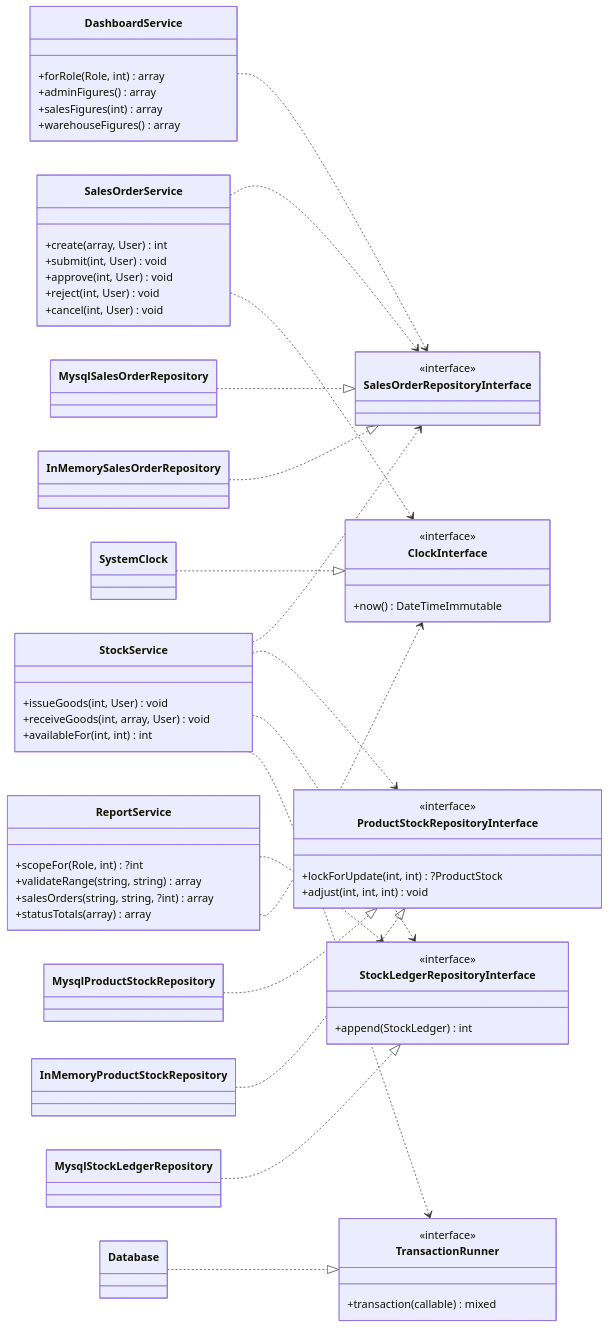
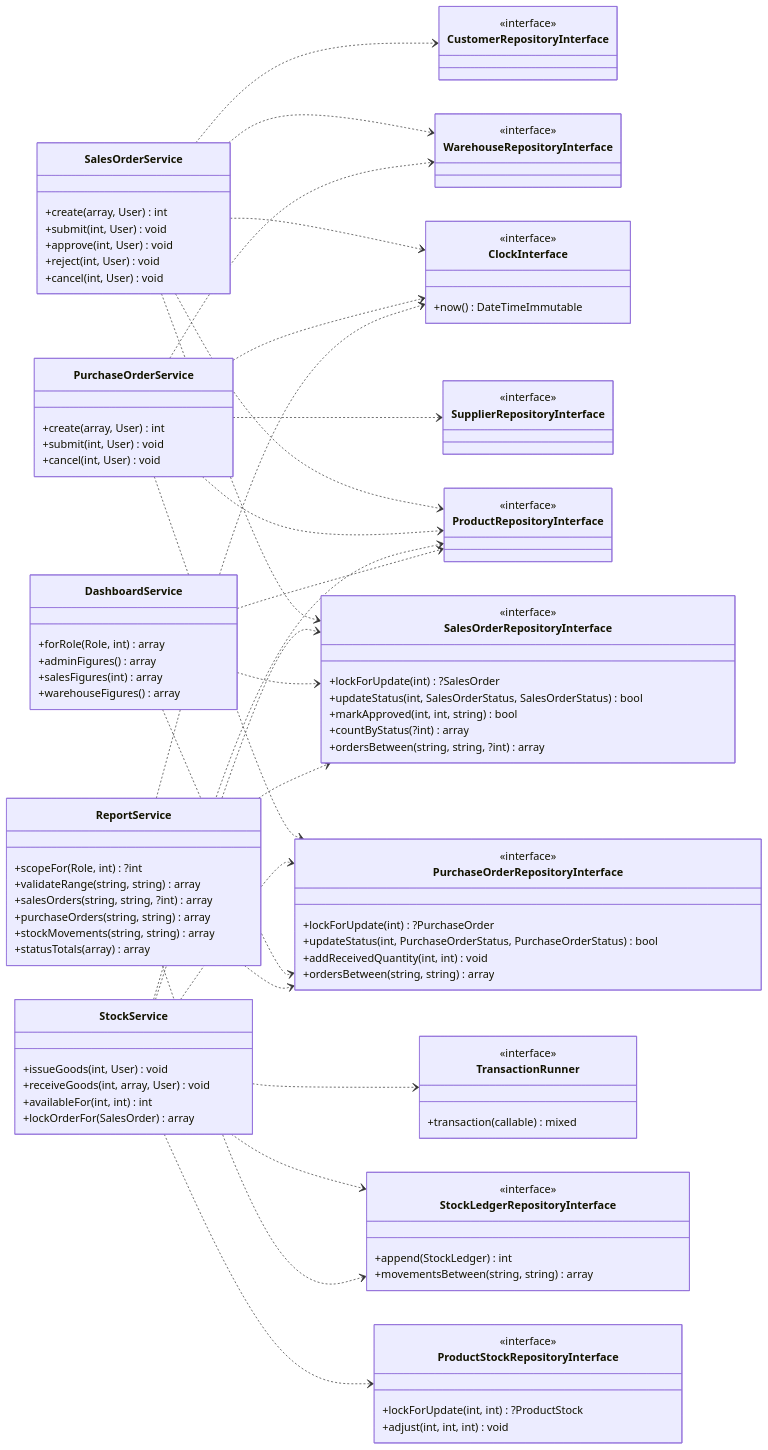
The first of 3 diagrams in docs/architecture/class-diagram-as-built.md (WillyMocha/inventory-order-management-system), drawn with Mermaid before and after one commit. The commit also changed other lines of this file and 7 other files, not shown here.

Commit message:
docs: align class diagram, ADRs and ERD with the code

````diff
--- a/docs/architecture/class-diagram-as-built.md
+++ b/docs/architecture/class-diagram-as-built.md
@@ -36,10 +46,16 @@
         +reject(int, User) void
         +cancel(int, User) void
     }
+    class PurchaseOrderService {
+        +create(array, User) int
+        +submit(int, User) void
+        +cancel(int, User) void
+    }
     class StockService {
         +issueGoods(int, User) void
         +receiveGoods(int, array, User) void
         +availableFor(int, int) int
+        +lockOrderFor(SalesOrder) array
     }
     class DashboardService {
         +forRole(Role, int) array
@@ -51,11 +67,25 @@
         +scopeFor(Role, int) ?int
         +validateRange(string, string) array
         +salesOrders(string, string, ?int) array
+        +purchaseOrders(string, string) array
+        +stockMovements(string, string) array
         +statusTotals(array) array
     }
 
     class SalesOrderRepositoryInterface {
         <<interface>>
+        +lockForUpdate(int) ?SalesOrder
+        +updateStatus(int, SalesOrderStatus, SalesOrderStatus) bool
+        +markApproved(int, int, string) bool
+        +countByStatus(?int) array
+        +ordersBetween(string, string, ?int) array
+    }
+    class PurchaseOrderRepositoryInterface {
+        <<interface>>
+        +lockForUpdate(int) ?PurchaseOrder
+        +updateStatus(int, PurchaseOrderStatus, PurchaseOrderStatus) bool
+        +addReceivedQuantity(int, int) void
+        +ordersBetween(string, string) array
     }
     class ProductStockRepositoryInterface {
         <<interface>>
@@ -65,6 +95,19 @@
     class StockLedgerRepositoryInterface {
         <<interface>>
         +append(StockLedger) int
+        +movementsBetween(string, string) array
+    }
+    class ProductRepositoryInterface {
+        <<interface>>
+    }
+    class CustomerRepositoryInterface {
+        <<interface>>
+    }
+    class SupplierRepositoryInterface {
+        <<interface>>
+    }
+    class WarehouseRepositoryInterface {
+        <<interface>>
     }
     class TransactionRunner {
         <<interface>>
@@ -75,29 +118,31 @@
         +now() DateTimeImmutable
     }
 
-    class MysqlSalesOrderRepository
-    class MysqlProductStockRepository
-    class MysqlStockLedgerRepository
-    class InMemorySalesOrderRepository
-    class InMemoryProductStockRepository
-    class Database
-    class SystemClock
+    SalesOrderService ..> SalesOrderRepositoryInterface
+    SalesOrderService ..> CustomerRepositoryInterface
+    SalesOrderService ..> WarehouseRepositoryInterface
+    SalesOrderService ..> ProductRepositoryInterface
+    SalesOrderService ..> ClockInterface
 
-    SalesOrderService ..> SalesOrderRepositoryInterface
-    SalesOrderService ..> ClockInterface
+    PurchaseOrderService ..> PurchaseOrderRepositoryInterface
+    PurchaseOrderService ..> SupplierRepositoryInterface
+    PurchaseOrderService ..> WarehouseRepositoryInterface
+    PurchaseOrderService ..> ProductRepositoryInterface
+    PurchaseOrderService ..> ClockInterface
+
     StockService ..> SalesOrderRepositoryInterface
+    StockService ..> PurchaseOrderRepositoryInterface
     StockService ..> ProductStockRepositoryInterface
     StockService ..> StockLedgerRepositoryInterface
+    StockService ..> ProductRepositoryInterface
     StockService ..> TransactionRunner
+
+    DashboardService ..> ProductRepositoryInterface
     DashboardService ..> SalesOrderRepositoryInterface
+    DashboardService ..> PurchaseOrderRepositoryInterface
+
     ReportService ..> StockLedgerRepositoryInterface
+    ReportService ..> SalesOrderRepositoryInterface
+    ReportService ..> PurchaseOrderRepositoryInterface
     ReportService ..> ClockInterface
-
-    MysqlSalesOrderRepository ..|> SalesOrderRepositoryInterface
-    MysqlProductStockRepository ..|> ProductStockRepositoryInterface
-    MysqlStockLedgerRepository ..|> StockLedgerRepositoryInterface
-    InMemorySalesOrderRepository ..|> SalesOrderRepositoryInterface
-    InMemoryProductStockRepository ..|> ProductStockRepositoryInterface
-    Database ..|> TransactionRunner
-    SystemClock ..|> ClockInterface
 ```
````
